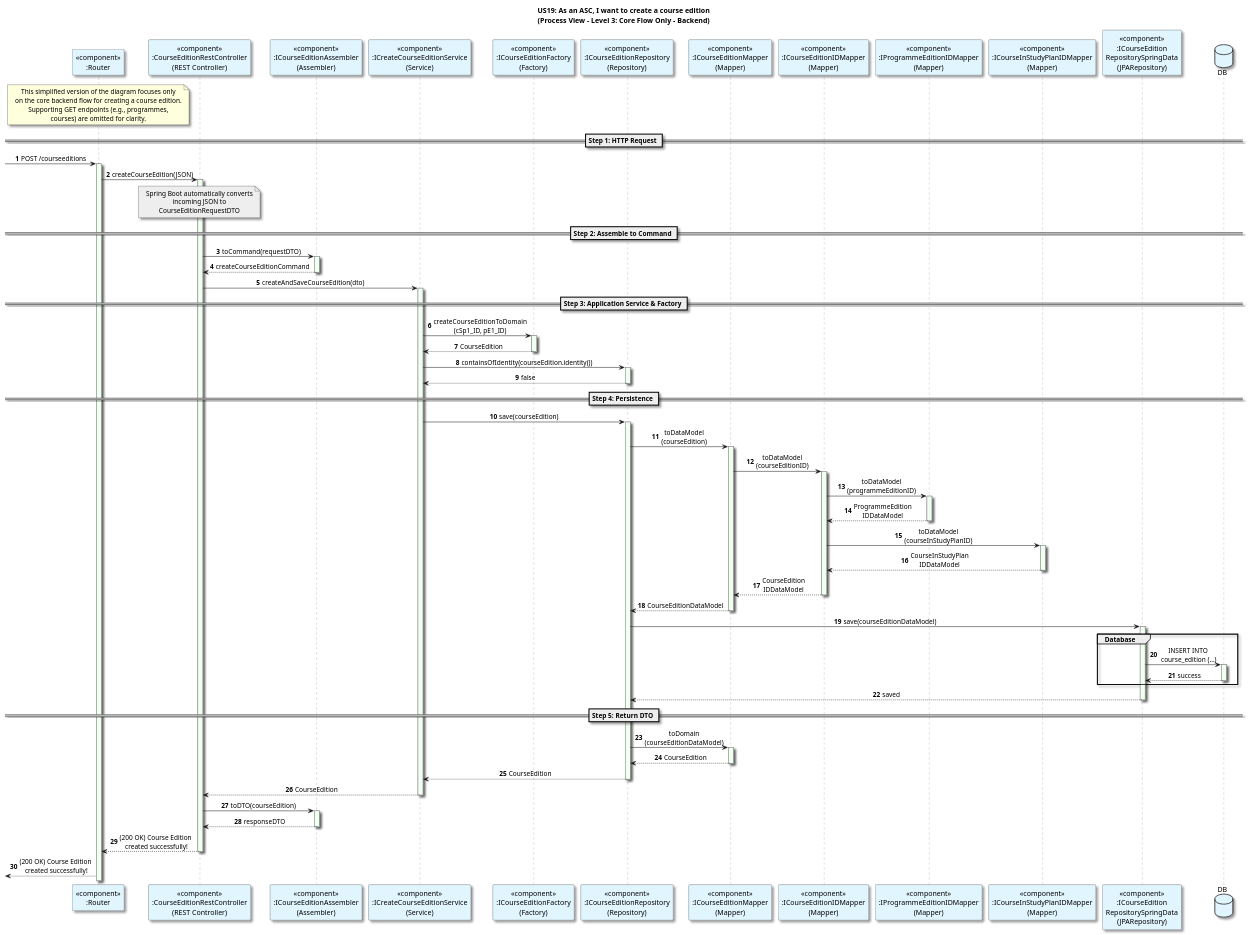
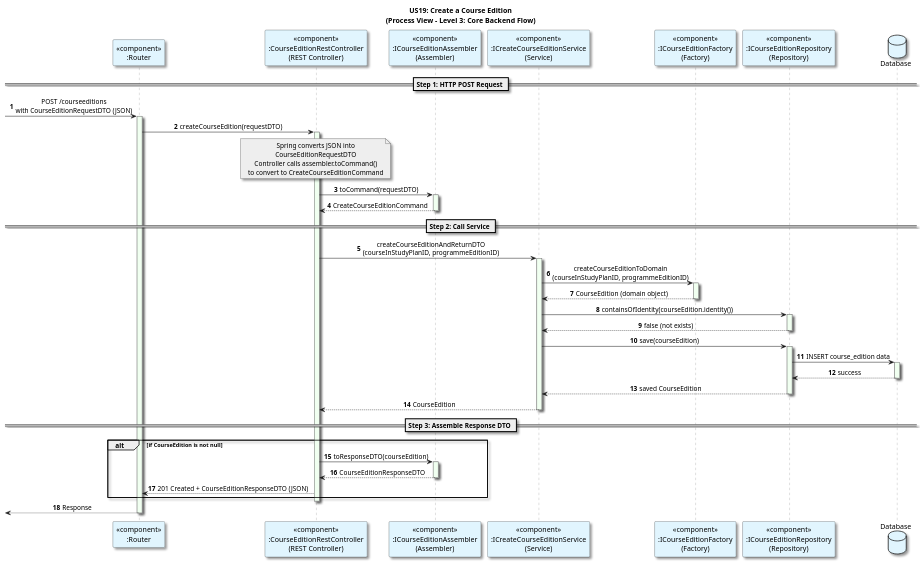
One commit to GasparISEP/DevOps-PAI changed the diagram in docs/US19/Sprint6_RestAPI/ProcessView/CreateCourseEdition_ProcessView_Level3_Backend_Simplified.puml. Above: the diagram before and after it, drawn with PlantUML. The commit also changed other lines of this file and 1 other file, not shown here.

Commit message:
[docs] Update both Level 2 process view diagrams (backend and backend-simplified) for createCourseEdition to reflect updated methods logic that prevents the controller from knowing the domain and simplify focus on the essential flow (Refs: #536, #549)

```diff
--- a/docs/US19/Sprint6_RestAPI/ProcessView/CreateCourseEdition_ProcessView_Level3_Backend_Simplified.puml
+++ b/docs/US19/Sprint6_RestAPI/ProcessView/CreateCourseEdition_ProcessView_Level3_Backend_Simplified.puml
@@ -1,139 +1,95 @@
 @startuml
-title: US19: As an ASC, I want to create a course edition\n(Process View - Level 3: Core Flow Only - Backend)
-
+title US19: Create a Course Edition\n(Process View - Level 3: Core Backend Flow)
 
 autonumber
 
 skinparam {
   ActivityPadding 2
   ActivityMargin 2
   BoxPadding 2
 }
 skinparam sequence {
     LifeLineBorderColor Grey
     LifeLineBackgroundColor HoneyDew
 }
 skinparam defaultTextAlignment center
 skinparam shadowing true
 
-
-participant "<<component>>\n:Router" as router #E1F5FE
+participant "<<component>>\n:Router" as Router #E1F5FE
 participant "<<component>>\n:CourseEditionRestController\n(REST Controller)" as Controller #E1F5FE
 participant "<<component>>\n:ICourseEditionAssembler\n(Assembler)" as Assembler #E1F5FE
 participant "<<component>>\n:ICreateCourseEditionService\n(Service)" as Service #E1F5FE
-participant "<<component>>\n:ICourseEditionFactory\n(Factory)" as CourseEditionFactory #E1F5FE
+participant "<<component>>\n:ICourseEditionFactory\n(Factory)" as Factory #E1F5FE
 participant "<<component>>\n:ICourseEditionRepository\n(Repository)" as Repository #E1F5FE
-participant "<<component>>\n:ICourseEditionMapper\n(Mapper)" as Mapper #E1F5FE
-participant "<<component>>\n:ICourseEditionIDMapper\n(Mapper)" as IDMapper #E1F5FE
-participant "<<component>>\n:IProgrammeEditionIDMapper\n(Mapper)" as PEMapper #E1F5FE
-participant "<<component>>\n:ICourseInStudyPlanIDMapper\n(Mapper)" as CSPMapper #E1F5FE
-participant "<<component>>\n:ICourseEdition\nRepositorySpringData\n(JPARepository)" as SpringData #E1F5FE
+database "Database" as DB #E1F5FE
 
-database DB as Database #E1F5FE
+== Step 1: HTTP POST Request ==
 
-note over router
-This simplified version of the diagram focuses only
-on the core backend flow for creating a course edition.
-Supporting GET endpoints (e.g., programmes,
-courses) are omitted for clarity.
-end note
+-> Router: POST /courseeditions\nwith CourseEditionRequestDTO (JSON)
+activate Router
 
-== Step 1: HTTP Request ==
-
-' --- GET endpoints omitted for brevity ---
-
--> router: POST /courseeditions
-activate router
-router -> Controller: createCourseEdition(JSON)
-
+Router -> Controller: createCourseEdition(requestDTO)
 activate Controller
 
 note over Controller #EEEEEE
-Spring Boot automatically converts
-incoming JSON to
+Spring converts JSON into
 CourseEditionRequestDTO
+Controller calls assembler.toCommand()
+to convert to CreateCourseEditionCommand
 end note
-
-== Step 2: Assemble to Command ==
 
 Controller -> Assembler: toCommand(requestDTO)
 activate Assembler
-Assembler --> Controller: createCourseEditionCommand
+Assembler --> Controller: CreateCourseEditionCommand
 deactivate Assembler
 
 
+== Step 2: Call Service ==
 
-Controller -> Service: createAndSaveCourseEdition(dto)
+Controller -> Service: createCourseEditionAndReturnDTO\n(courseInStudyPlanID, programmeEditionID)
 activate Service
 
-== Step 3: Application Service & Factory ==
 
-Service -> CourseEditionFactory: createCourseEditionToDomain\n(cSp1_ID, pE1_ID)
-activate CourseEditionFactory
-CourseEditionFactory --> Service -- : CourseEdition
+Service -> Factory: createCourseEditionToDomain\n(courseInStudyPlanID, programmeEditionID)
+activate Factory
+
+Factory --> Service: CourseEdition (domain object)
+deactivate Factory
+
 Service -> Repository: containsOfIdentity(courseEdition.identity())
 activate Repository
-Repository --> Service: false
+Repository --> Service: false (not exists)
 deactivate Repository
 
+Service -> Repository: save(courseEdition)
+activate Repository
 
-== Step 4: Persistence ==
-Service -> Repository : save(courseEdition)
-activate Repository
-Repository -> Mapper : toDataModel\n(courseEdition)
-activate Mapper
-Mapper -> IDMapper : toDataModel\n(courseEditionID)
-activate IDMapper
-IDMapper -> PEMapper : toDataModel\n(programmeEditionID)
-activate PEMapper
-PEMapper --> IDMapper : ProgrammeEdition\nIDDataModel
-deactivate PEMapper
-IDMapper -> CSPMapper : toDataModel\n(courseInStudyPlanID)
-activate CSPMapper
-CSPMapper --> IDMapper : CourseInStudyPlan\nIDDataModel
-deactivate CSPMapper
-IDMapper --> Mapper : CourseEdition\nIDDataModel
-deactivate IDMapper
-Mapper --> Repository : CourseEditionDataModel
-deactivate Mapper
+Repository -> DB: INSERT course_edition data
+activate DB
+DB --> Repository: success
+deactivate DB
 
+Repository --> Service: saved CourseEdition
+deactivate Repository
 
+Service --> Controller: CourseEdition
+deactivate Service
 
+== Step 3: Assemble Response DTO ==
 
-Repository -> SpringData : save(courseEditionDataModel)
-activate SpringData
+alt if CourseEdition is not null
+    Controller -> Assembler: toResponseDTO(courseEdition)
+    activate Assembler
+    Assembler --> Controller: CourseEditionResponseDTO
+    deactivate Assembler
 
-group Database
-SpringData -> Database: INSERT INTO\n course_edition (...)
-activate Database
-Database --> SpringData: success
-deactivate Database
+    Controller --> Router: 201 Created + CourseEditionResponseDTO (JSON)
+
 end
 
-
-SpringData --> Repository : saved
-deactivate
-
-== Step 5: Return DTO ==
-
-Repository -> Mapper : toDomain\n(courseEditionDataModel)
-activate Mapper
-Mapper --> Repository : CourseEdition
-deactivate
-
-Repository --> Service : CourseEdition
-deactivate
-
-Service --> Controller : CourseEdition
-deactivate Service
-
-Controller -> Assembler : toDTO(courseEdition)
-activate Assembler
-Assembler --> Controller : responseDTO
-deactivate Assembler
-
-Controller --> router:  (200 OK) Course Edition\n created successfully!
 deactivate Controller
 
-<-- router:  (200 OK) Course Edition\n created successfully!
+<-- Router: Response
+deactivate Router
+
 @enduml
```
